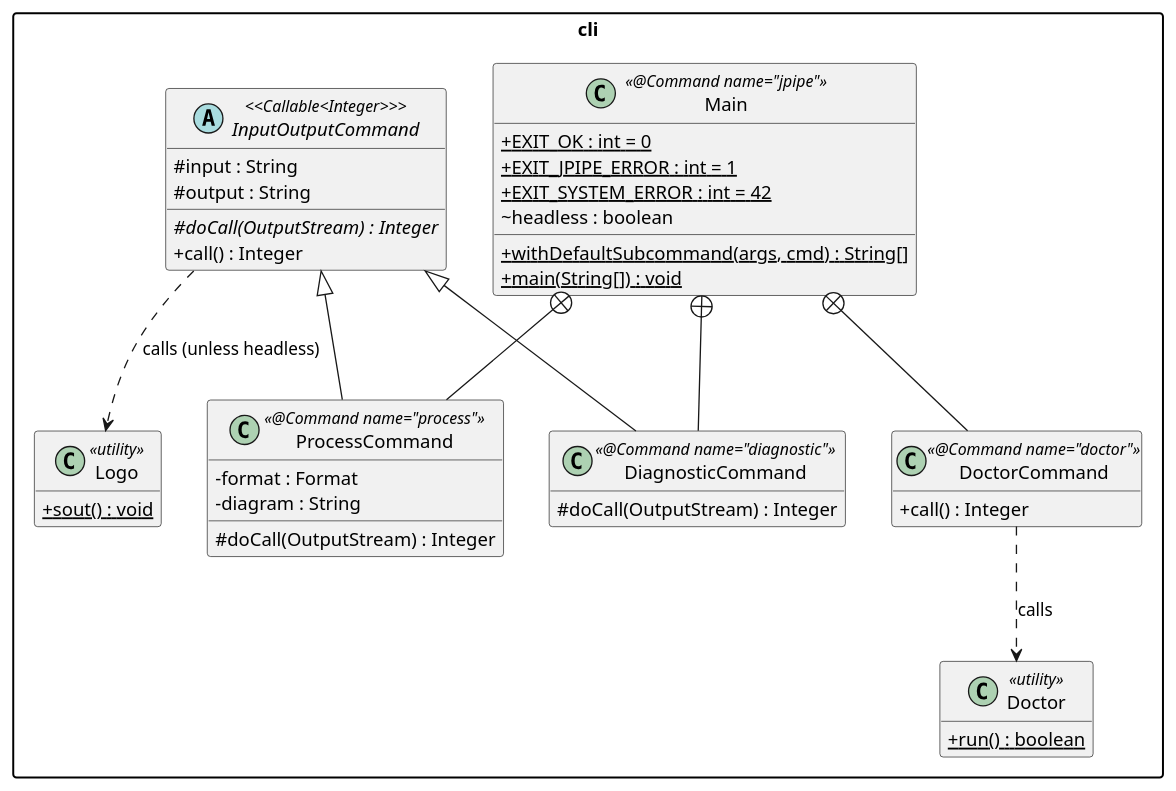
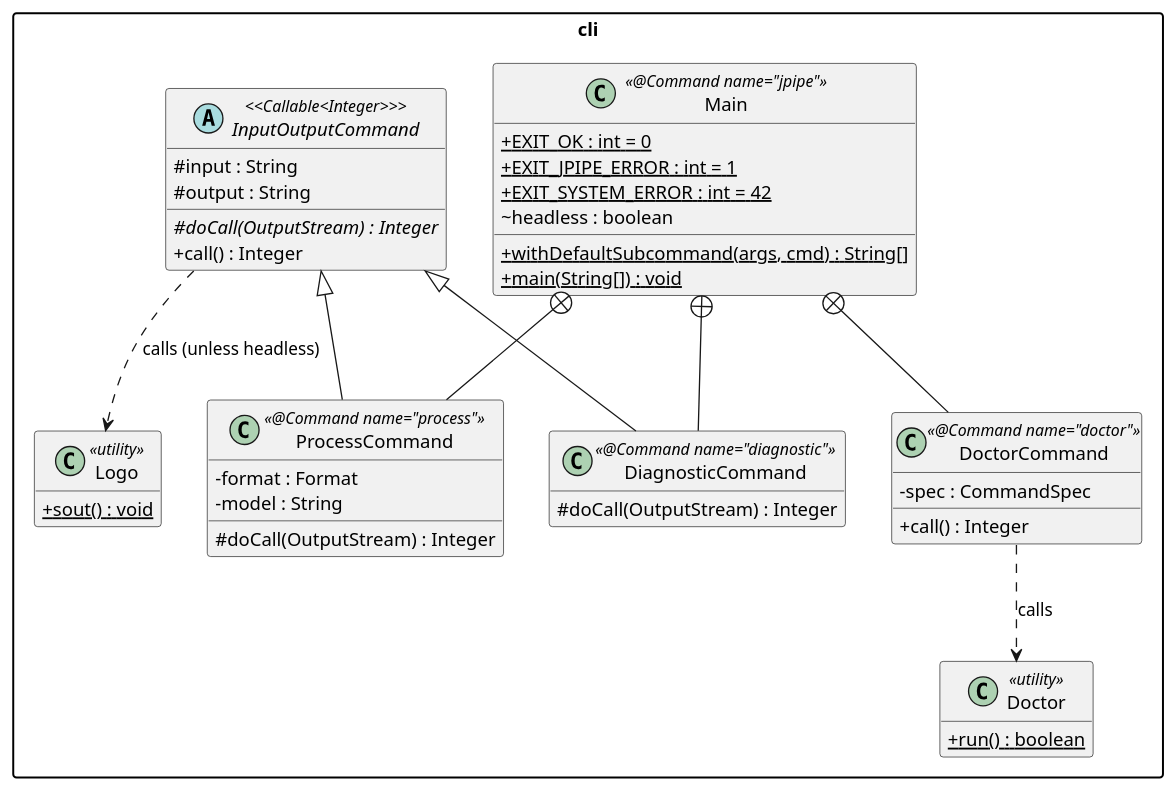
The diagram in docs/design/cli.md (jpipe-mcscert/jpipe-compiler), drawn with PlantUML before and after one commit. The commit also changed other lines of this file and 3 other files, not shown here.

First line of the commit message:
feat(cli): print version in doctor, rename -d/--diagram to -m/--model

````diff
--- a/docs/design/cli.md
+++ b/docs/design/cli.md
@@ -8,60 +8,61 @@
 ```plantuml
 @startuml cli
 
 skinparam packageStyle rectangle
 skinparam classAttributeIconSize 0
 hide empty members
 
 package "cli" {
 
   class Main <<@Command name="jpipe">> {
     + {static} EXIT_OK : int = 0
     + {static} EXIT_JPIPE_ERROR : int = 1
     + {static} EXIT_SYSTEM_ERROR : int = 42
     ~ headless : boolean
     + {static} withDefaultSubcommand(args, cmd) : String[]
     + {static} main(String[]) : void
   }
 
   abstract class InputOutputCommand <<Callable<Integer>>> {
     # input : String
     # output : String
     # {abstract} doCall(OutputStream) : Integer
     + call() : Integer
   }
 
   class ProcessCommand <<@Command name="process">> {
     - format : Format
-    - diagram : String
+    - model : String
     # doCall(OutputStream) : Integer
   }
 
   class DiagnosticCommand <<@Command name="diagnostic">> {
     # doCall(OutputStream) : Integer
   }
 
   class DoctorCommand <<@Command name="doctor">> {
+    - spec : CommandSpec
     + call() : Integer
   }
 
   class Doctor <<utility>> {
     + {static} run() : boolean
   }
 
   class Logo <<utility>> {
     + {static} sout() : void
   }
 
   InputOutputCommand <|-- ProcessCommand
   InputOutputCommand <|-- DiagnosticCommand
 
   Main +-- ProcessCommand
   Main +-- DiagnosticCommand
   Main +-- DoctorCommand
 
   DoctorCommand ..> Doctor : calls
   InputOutputCommand ..> Logo : calls (unless headless)
 }
 
 @enduml
 ```
````
